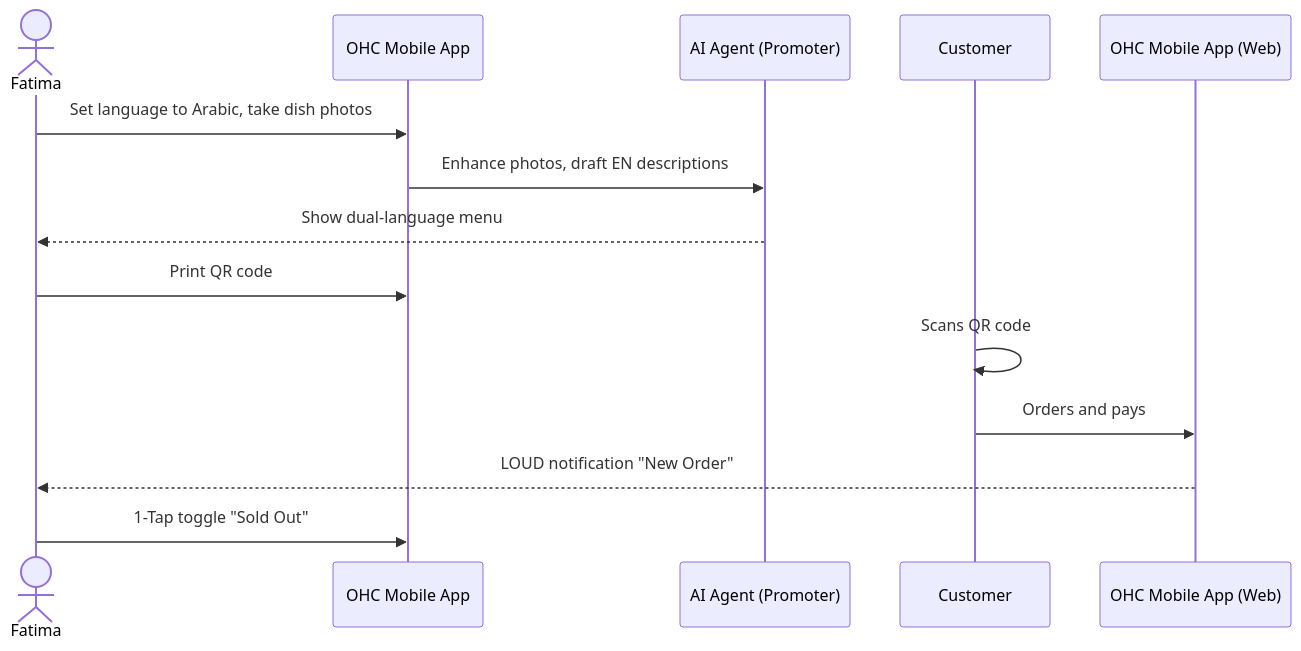
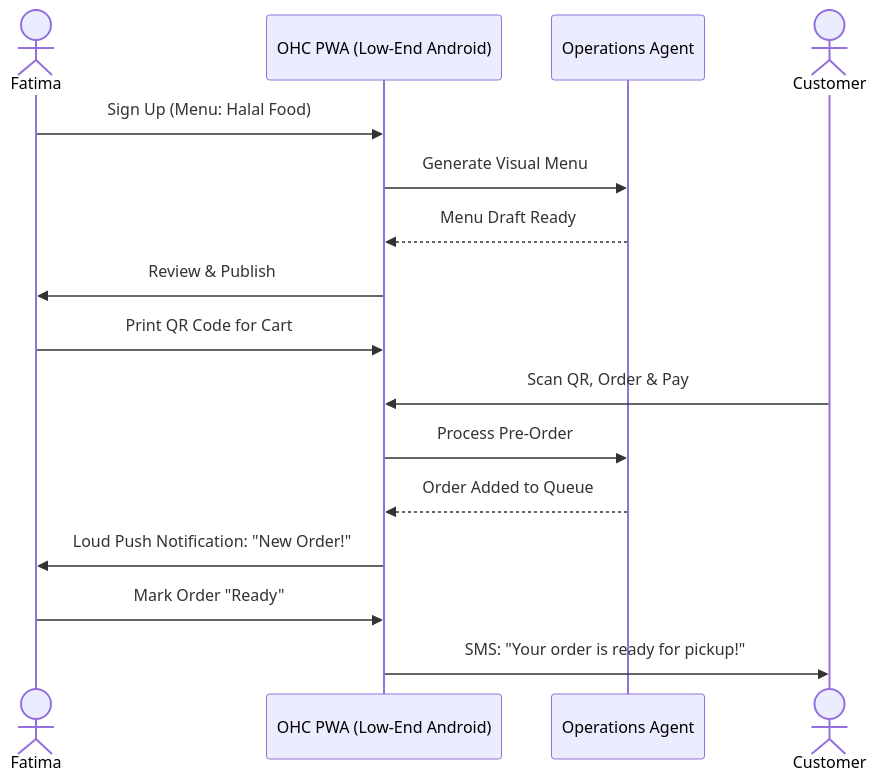
One commit to omnisolo-llc/onehumancorp changed the fifth of 5 diagrams in docs/architecture/ohc_business_journey_architecture.md. Above: the diagram before and after it, drawn with Mermaid. The commit also changed other lines of this file, not shown here.

Commit message:
update business journey architecture doc

````diff
--- a/docs/architecture/ohc_business_journey_architecture.md
+++ b/docs/architecture/ohc_business_journey_architecture.md
@@ -162,16 +209,20 @@
 ```mermaid
 sequenceDiagram
     actor Fatima
-    participant OHC Mobile App
-    participant AI Agent (Promoter)
-    participant Customer
+    participant App as OHC PWA (Low-End Android)
+    participant AI_Op as Operations Agent
+    actor Customer
 
-    Fatima->>OHC Mobile App: Set language to Arabic, take dish photos
-    OHC Mobile App->>AI Agent (Promoter): Enhance photos, draft EN descriptions
-    AI Agent (Promoter)-->>Fatima: Show dual-language menu
-    Fatima->>OHC Mobile App: Print QR code
-    Customer->>Customer: Scans QR code
-    Customer->>OHC Mobile App (Web): Orders and pays
-    OHC Mobile App (Web)-->>Fatima: LOUD notification "New Order"
-    Fatima->>OHC Mobile App: 1-Tap toggle "Sold Out"
+    Fatima->>App: Sign Up (Menu: Halal Food)
+    App->>AI_Op: Generate Visual Menu
+    AI_Op-->>App: Menu Draft Ready
+    App->>Fatima: Review & Publish
+    Fatima->>App: Print QR Code for Cart
+
+    Customer->>App: Scan QR, Order & Pay
+    App->>AI_Op: Process Pre-Order
+    AI_Op-->>App: Order Added to Queue
+    App->>Fatima: Loud Push Notification: "New Order!"
+    Fatima->>App: Mark Order "Ready"
+    App->>Customer: SMS: "Your order is ready for pickup!"
 ```
````
